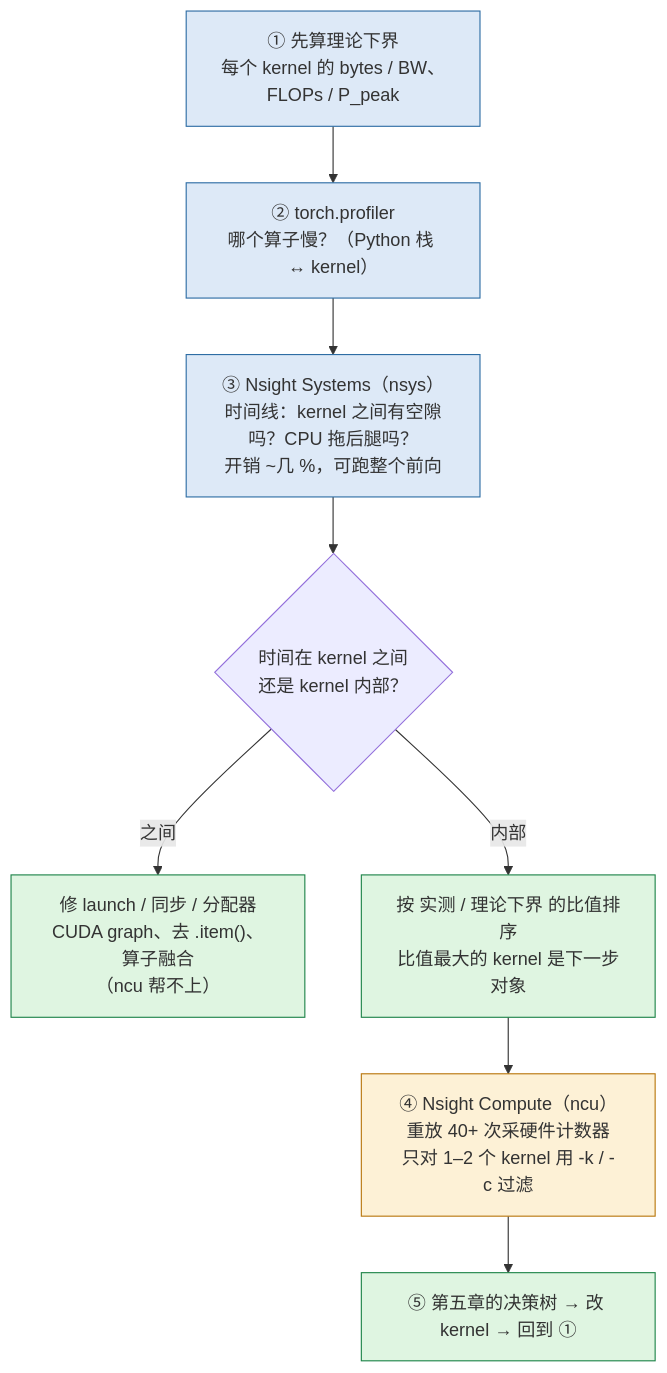
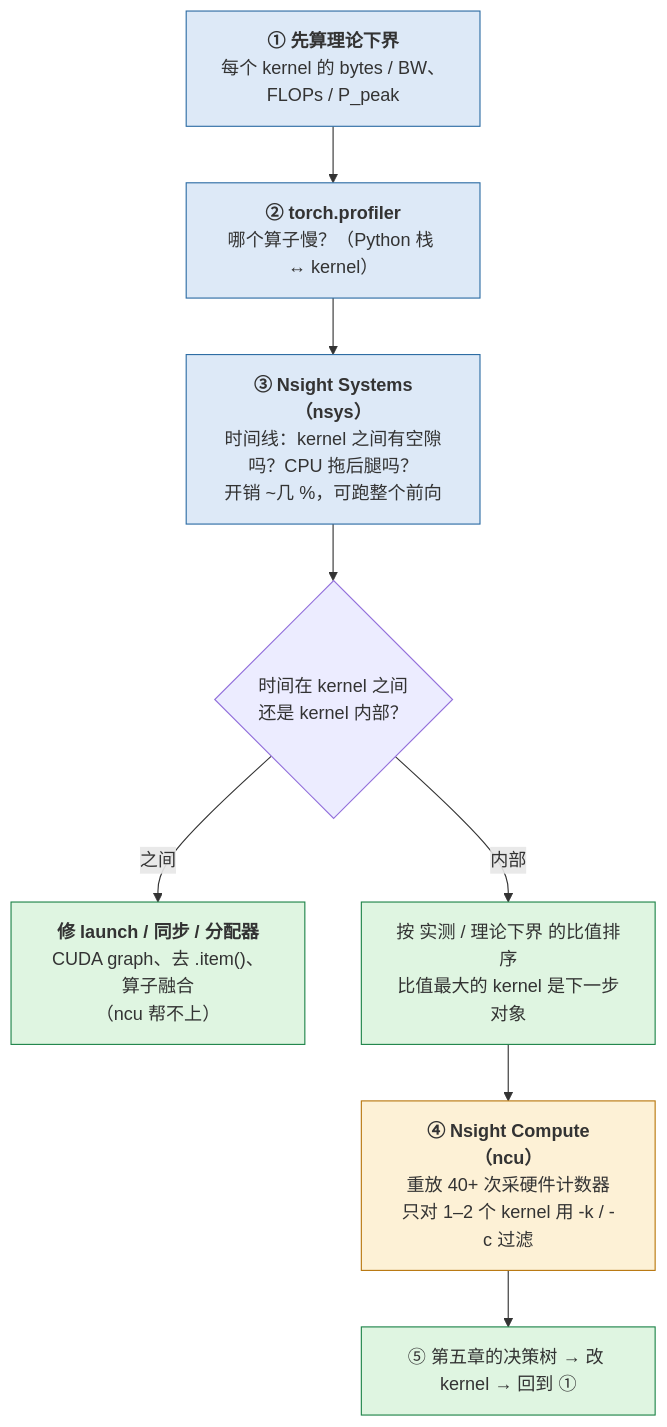
Before and after one commit to arganzheng/arganzheng.github.com: the first of 5 diagrams in _posts/2026-05-20-kernel-profiling-testing-and-contribution.md, drawn with Mermaid. The commit also changed other lines of this file and 10 other files, not shown here.

First line of the commit message:
GPU Kernel 工程：从 CUDA 执行模型到 FlashAttention：Mermaid 多行方框的首行标为标题（11 篇）

````diff
--- a/_posts/2026-05-20-kernel-profiling-testing-and-contribution.md
+++ b/_posts/2026-05-20-kernel-profiling-testing-and-contribution.md
@@ -94,23 +94,23 @@
 ```mermaid
 %% 图：profiling 的分工与顺序：先算理论下界，torch.profiler 找算子，nsys 看时间线，最后才用 ncu 看 kernel 内部
 flowchart TB
-    theory["① 先算理论下界<br/>每个 kernel 的 bytes / BW、FLOPs / P_peak"]
-    tp["② torch.profiler<br/>哪个算子慢？（Python 栈 ↔ kernel）"]
-    nsys["③ Nsight Systems（nsys）<br/>时间线：kernel 之间有空隙吗？CPU 拖后腿吗？<br/>开销 ~几 %，可跑整个前向"]
+    theory["<b>① 先算理论下界</b><br/>每个 kernel 的 bytes / BW、FLOPs / P_peak"]
+    tp["<b>② torch.profiler</b><br/>哪个算子慢？（Python 栈 ↔ kernel）"]
+    nsys["<b>③ Nsight Systems（nsys）</b><br/>时间线：kernel 之间有空隙吗？CPU 拖后腿吗？<br/>开销 ~几 %，可跑整个前向"]
     gap{"时间在 kernel 之间<br/>还是 kernel 内部？"}
-    between["修 launch / 同步 / 分配器<br/>CUDA graph、去 .item()、算子融合<br/>（ncu 帮不上）"]
+    between["<b>修 launch / 同步 / 分配器</b><br/>CUDA graph、去 .item()、算子融合<br/>（ncu 帮不上）"]
     which["按 实测 / 理论下界 的比值排序<br/>比值最大的 kernel 是下一步对象"]
-    ncu["④ Nsight Compute（ncu）<br/>重放 40+ 次采硬件计数器<br/>只对 1–2 个 kernel 用 -k / -c 过滤"]
+    ncu["<b>④ Nsight Compute（ncu）</b><br/>重放 40+ 次采硬件计数器<br/>只对 1–2 个 kernel 用 -k / -c 过滤"]
     fix["⑤ 第五章的决策树 → 改 kernel → 回到 ①"]
 
     theory --> tp --> nsys --> gap
     gap -- "之间" --> between
     gap -- "内部" --> which --> ncu --> fix
 
     classDef coarse fill:#dde9f7,stroke:#2e6da4
     classDef fine fill:#fdf1d6,stroke:#b9770e
     classDef act fill:#dff5e1,stroke:#1e8449
     class theory,tp,nsys coarse
     class ncu fine
     class between,which,fix act
 ```
````
